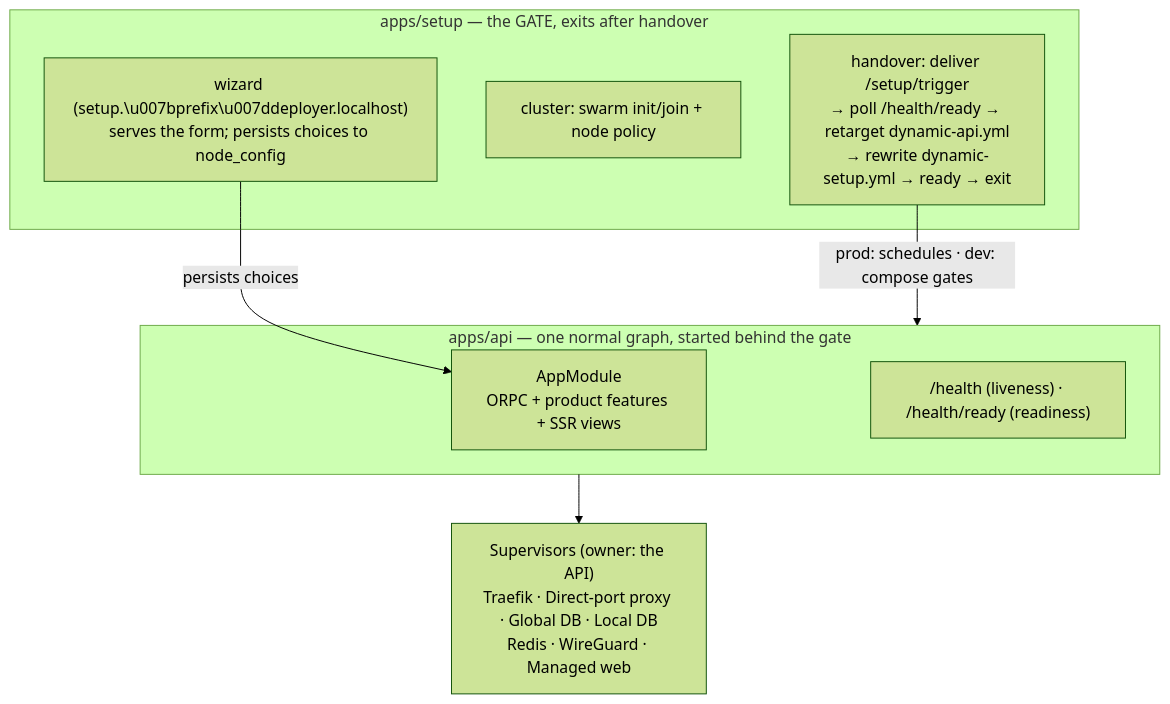
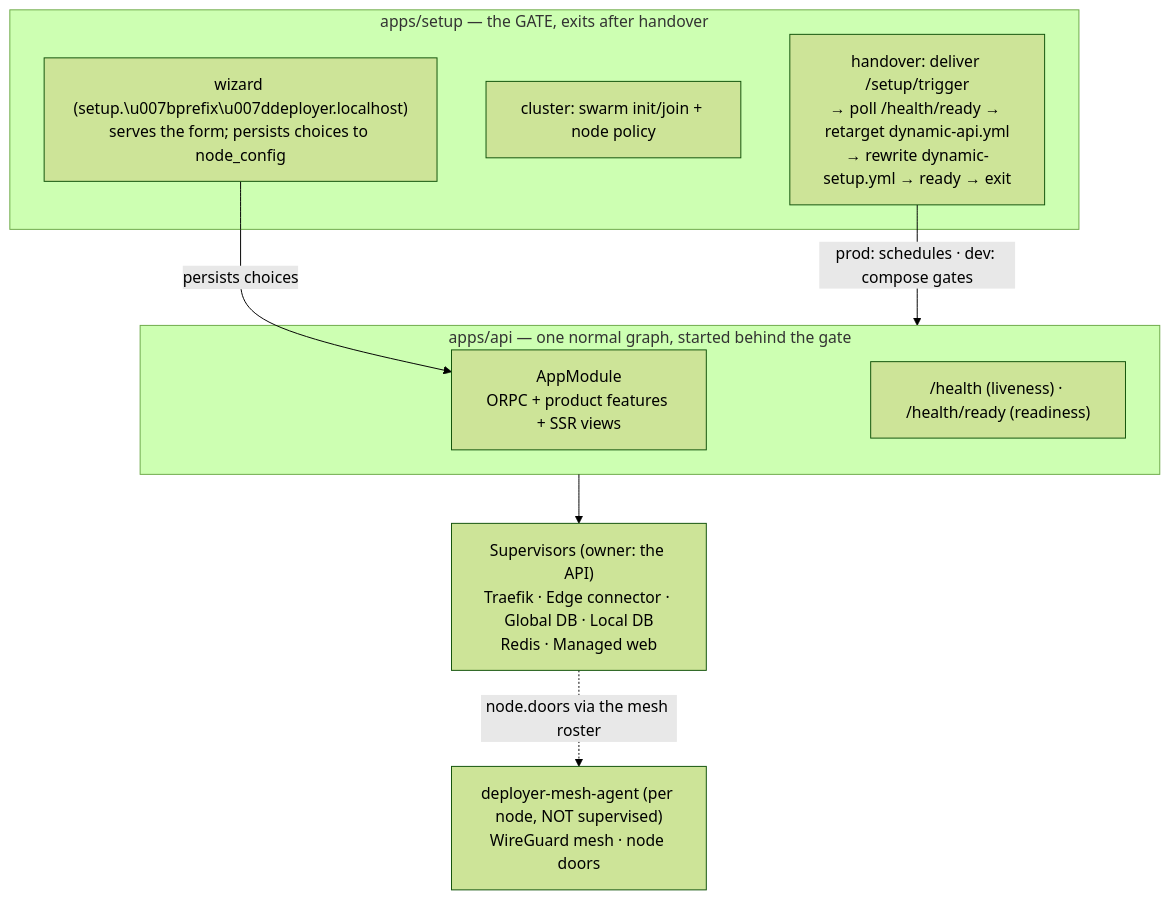
Before and after one commit to N0SAFE/deployer: the first of 4 diagrams in apps/doc/content/docs/deployment/onboarding-and-lifecycle.mdx, drawn with Mermaid (forest theme). The commit also changed other lines of this file and 836 other files, not shown here.

Commit message:
refactor: Retire the platform-ingress and edge supervisors, and regroup the dashboard's domain, user and profile routes

````diff
--- a/apps/doc/content/docs/deployment/onboarding-and-lifecycle.mdx
+++ b/apps/doc/content/docs/deployment/onboarding-and-lifecycle.mdx
@@ -30,16 +30,18 @@
 ```mermaid
 flowchart TB
     subgraph SETUP["apps/setup — the GATE, exits after handover"]
         S1["wizard (setup.\u007bprefix\u007ddeployer.localhost)<br/>serves the form; persists choices to node_config"]
         S2["cluster: swarm init/join + node policy"]
         S3["handover: deliver /setup/trigger\n→ poll /health/ready → retarget dynamic-api.yml\n→ rewrite dynamic-setup.yml → ready → exit"]
     end
     subgraph API["apps/api — one normal graph, started behind the gate"]
         A1["AppModule<br/>ORPC + product features + SSR views"]
         A2["/health (liveness) · /health/ready (readiness)"]
     end
-    SUP["Supervisors (owner: the API)<br/>Traefik · Direct-port proxy · Global DB · Local DB<br/>Redis · WireGuard · Managed web"]
+    SUP["Supervisors (owner: the API)<br/>Traefik · Edge connector · Global DB · Local DB<br/>Redis · Managed web"]
+    AGT["deployer-mesh-agent (per node, NOT supervised)<br/>WireGuard mesh · node doors"]
     S1 -->|persists choices| A1
     S3 -->|prod: schedules · dev: compose gates| API
     API --> SUP
+    SUP -.->|"node.doors via the mesh roster"| AGT
 ```
````
